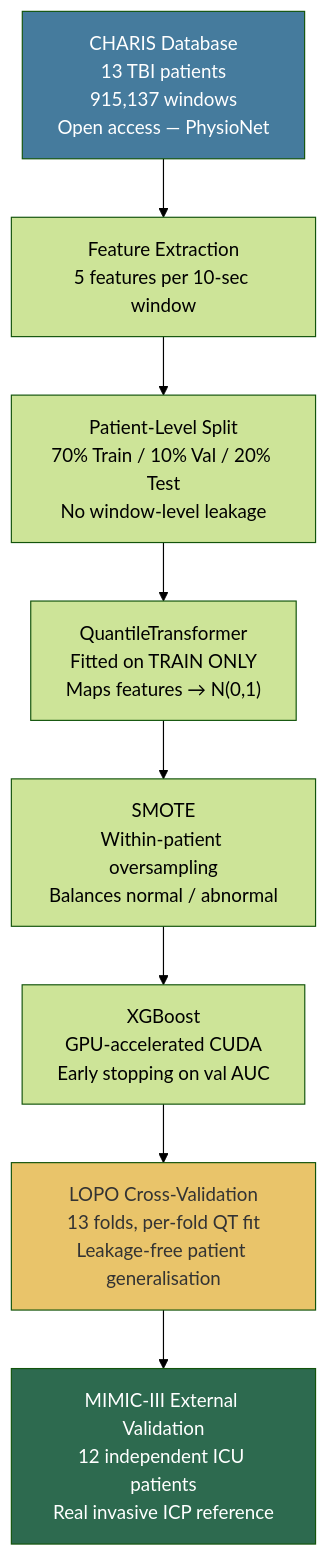
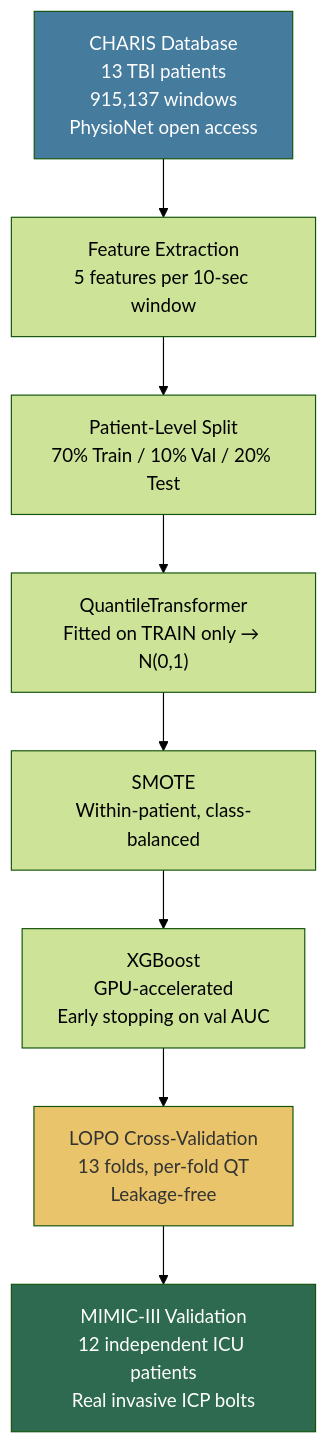
Before and after one commit to eshaansingla/Pran: the third of 4 diagrams in README.md, drawn with Mermaid (forest theme). The commit also changed other lines of this file and 2 other files, not shown here.

````diff
--- a/README.md
+++ b/README.md
@@ -187,14 +158,14 @@
 ```mermaid
 graph TD
-    C["CHARIS Database\n13 TBI patients\n915,137 windows\nOpen access — PhysioNet"] --> FE["Feature Extraction\n5 features per 10-sec window"]
-    FE --> Split["Patient-Level Split\n70% Train / 10% Val / 20% Test\nNo window-level leakage"]
-    Split --> QT["QuantileTransformer\nFitted on TRAIN ONLY\nMaps features → N(0,1)"]
-    QT --> SMOTE["SMOTE\nWithin-patient oversampling\nBalances normal / abnormal"]
-    SMOTE --> XGB["XGBoost\nGPU-accelerated CUDA\nEarly stopping on val AUC"]
-    XGB --> LOPO["LOPO Cross-Validation\n13 folds, per-fold QT fit\nLeakage-free patient generalisation"]
-    LOPO --> MIMIC["MIMIC-III External Validation\n12 independent ICU patients\nReal invasive ICP reference"]
+    C["CHARIS Database\n13 TBI patients\n915,137 windows\nPhysioNet open access"] --> FE["Feature Extraction\n5 features per 10-sec window"]
+    FE --> Split["Patient-Level Split\n70% Train / 10% Val / 20% Test"]
+    Split --> QT["QuantileTransformer\nFitted on TRAIN only → N(0,1)"]
+    QT --> SMOTE["SMOTE\nWithin-patient, class-balanced"]
+    SMOTE --> XGB["XGBoost\nGPU-accelerated\nEarly stopping on val AUC"]
+    XGB --> LOPO["LOPO Cross-Validation\n13 folds, per-fold QT\nLeakage-free"]
+    LOPO --> MIMIC["MIMIC-III Validation\n12 independent ICU patients\nReal invasive ICP bolts"]
 
     style C fill:#457b9d,color:#fff
     style LOPO fill:#e9c46a,color:#333
     style MIMIC fill:#2d6a4f,color:#fff
 ```
````
